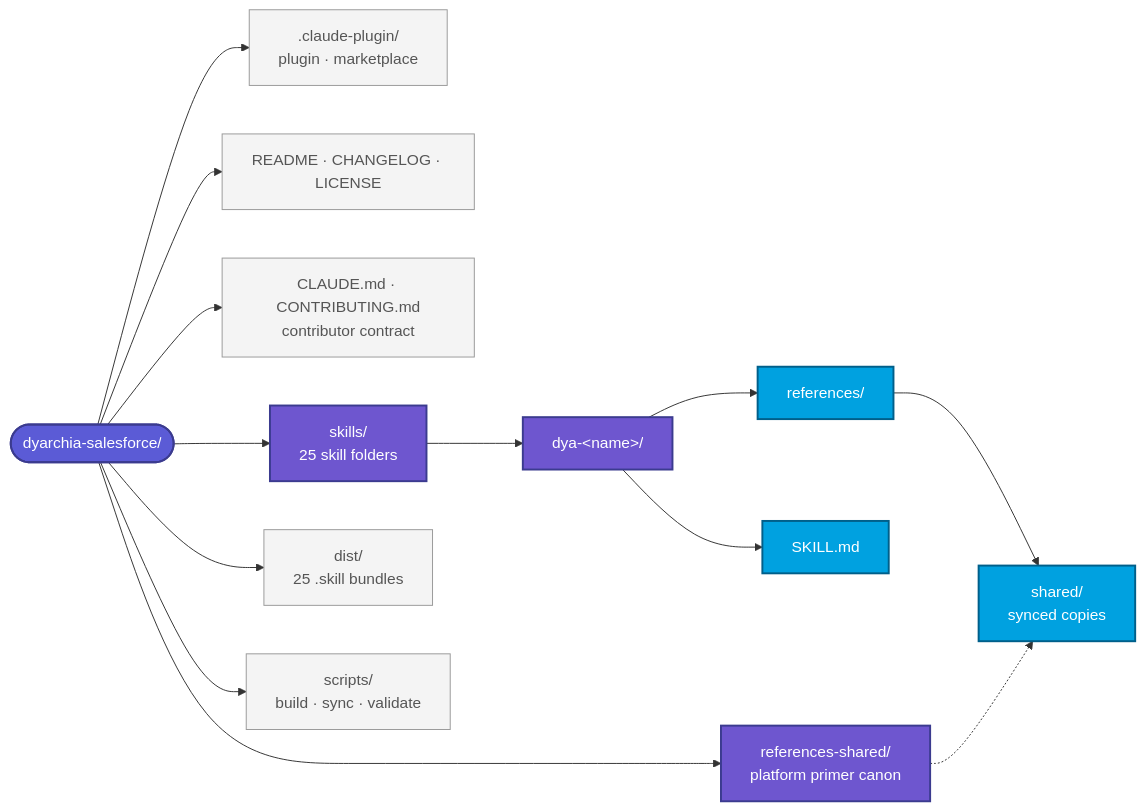
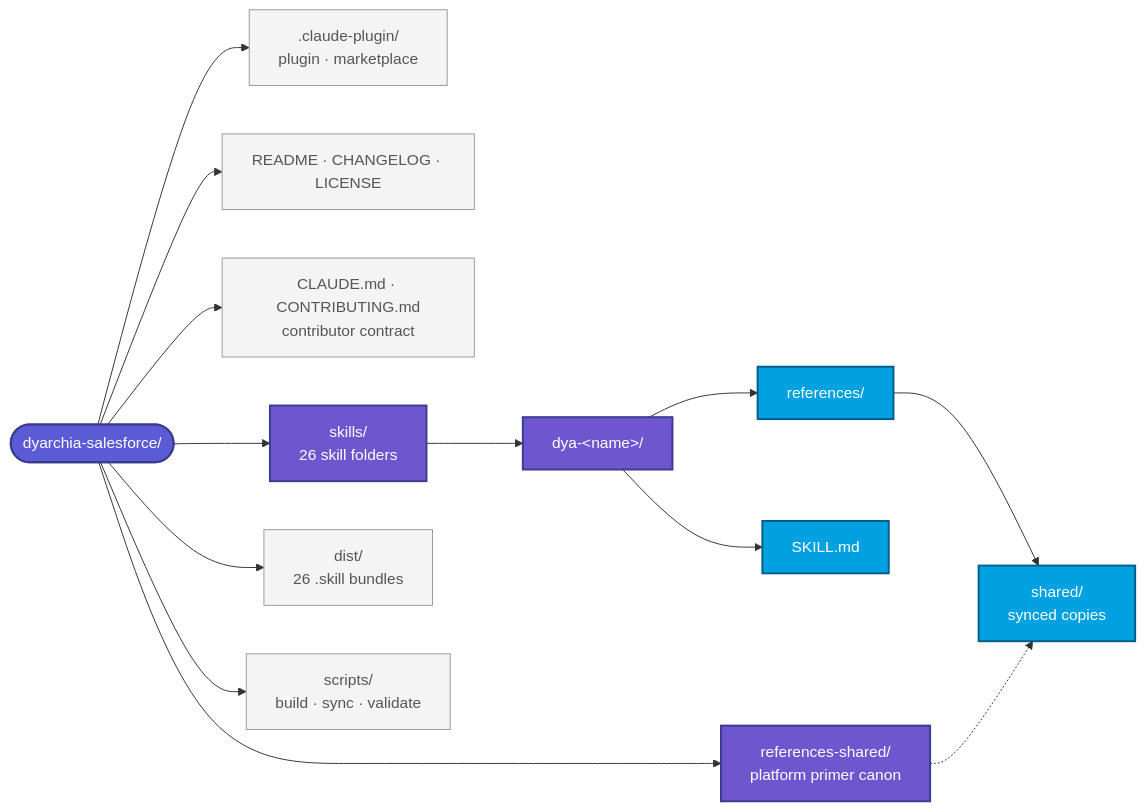
Before and after one commit to Dyarchia/dyarchia-salesforce: the first of 3 diagrams in README.md, drawn with Mermaid. The commit also changed other lines of this file and 15 other files, not shown here.

````diff
--- a/README.md
+++ b/README.md
@@ -94,27 +96,27 @@
 ```mermaid
 graph LR
     Root([dyarchia-salesforce/])
     Root --> Plugin[".claude-plugin/<br/>plugin · marketplace"]
     Root --> Meta["README · CHANGELOG · LICENSE"]
     Root --> Contract["CLAUDE.md · CONTRIBUTING.md<br/>contributor contract"]
-    Root --> SK["skills/<br/>25 skill folders"]
+    Root --> SK["skills/<br/>26 skill folders"]
     Root --> Shared["references-shared/<br/>platform primer canon"]
-    Root --> Dist["dist/<br/>25 .skill bundles"]
+    Root --> Dist["dist/<br/>26 .skill bundles"]
     Root --> Scripts["scripts/<br/>build · sync · validate"]
 
     SK --> Skill["dya-&lt;name&gt;/"]
     Skill --> SM["SKILL.md"]
     Skill --> Refs["references/"]
     Refs --> SharedRefs["shared/<br/>synced copies"]
     Shared -.-> SharedRefs
 
     classDef root fill:#5B5BD6,stroke:#3B3B8F,color:#fff,stroke-width:2px
     classDef domainFolder fill:#6E56CF,stroke:#3B3B8F,color:#fff,stroke-width:2px
     classDef skillFolder fill:#00A1E0,stroke:#005F8A,color:#fff,stroke-width:2px
     classDef meta fill:#F4F4F4,stroke:#999,color:#555
 
     class Root root
     class SK,Skill,Shared domainFolder
     class SM,Refs,SharedRefs skillFolder
     class Plugin,Meta,Contract,Dist,Scripts meta
 ```
````
